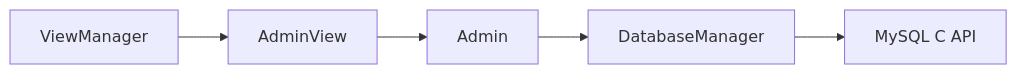
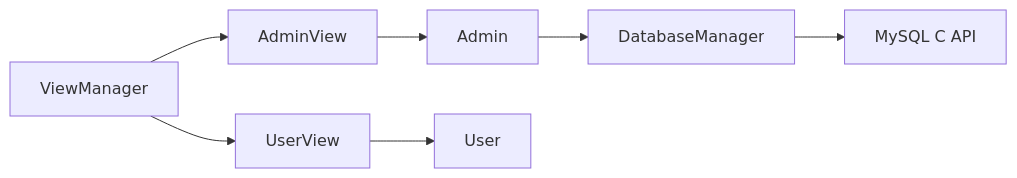
One commit to jinpeng900/OJ-Test changed the sixth of 6 diagrams in .qoder/repowiki/zh/content/核心功能模块/管理员功能模块.md. Above: the diagram before and after it, drawn with Mermaid. The commit also changed other lines of this file and 44 other files, not shown here.

````diff
--- a/.qoder/repowiki/zh/content/核心功能模块/管理员功能模块.md
+++ b/.qoder/repowiki/zh/content/核心功能模块/管理员功能模块.md
@@ -290,7 +311,9 @@
 ```mermaid
 graph LR
 VM["ViewManager"] --> AV["AdminView"]
+VM --> UV["UserView"]
 AV --> A["Admin"]
 A --> DBM["DatabaseManager"]
+UV --> U["User"]
 DBM --> MYSQL["MySQL C API"]
 ```
````
